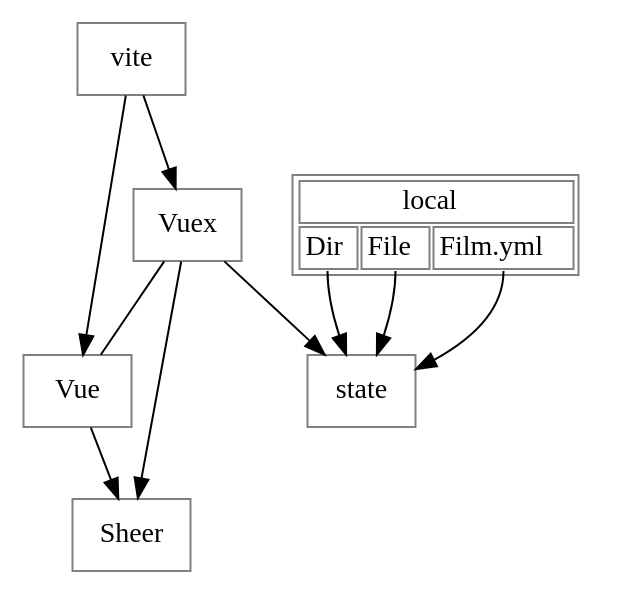
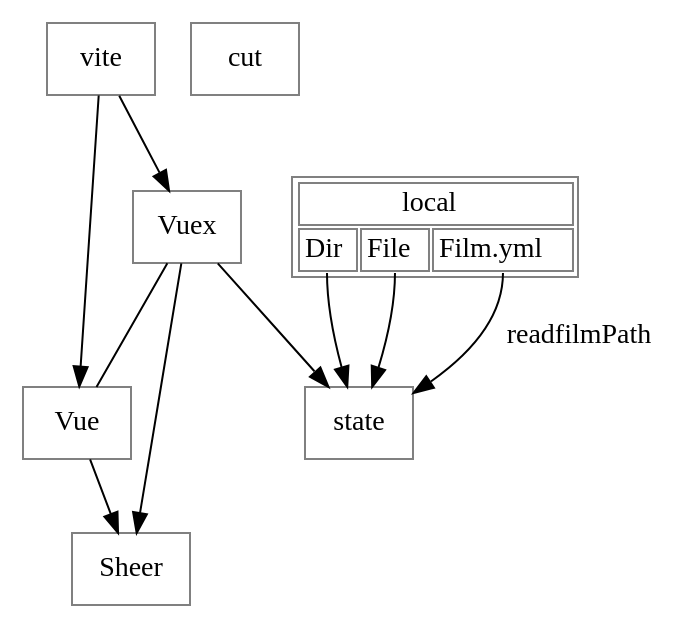
The diagram in construct.dot (WingDust/Sheer), drawn with Graphviz before and after one commit. The commit also changed 10 other files, not shown here.

```diff
--- a/construct.dot
+++ b/construct.dot
@@ -1,32 +1,38 @@
 digraph construct {
     node [color=gray,shape=box];
 
     // dir [label="dir"];
     // file [label="file"];
 
+    subgraph dependencies{
+        Vue;
+        Vuex;
+    }
     Vuex -> Vue[arrowhead=none];
     Vuex -> {Sheer,state};
     Vue -> Sheer ;
     vite -> Vue;
     vite -> Vuex;
 
     local [
         shape = plaintext
         label =<
         <table border='1' cellborder='1'>
             <tr><td colspan="3">local</td></tr>
              <tr>
              <td port='port_one'>Dir</td>
              <td port='port_two'>File</td>
              <td port='port_three'>Film.yml</td>
             </tr>
         </table>
         >
     ];
 
-    local:port_one -> state;
+    cut
+
+    local:port_one -> state ;
     local:port_two -> state;
-    local:port_three -> state;
+    local:port_three -> state[label="readfilmPath"];
 
 
 }
```
